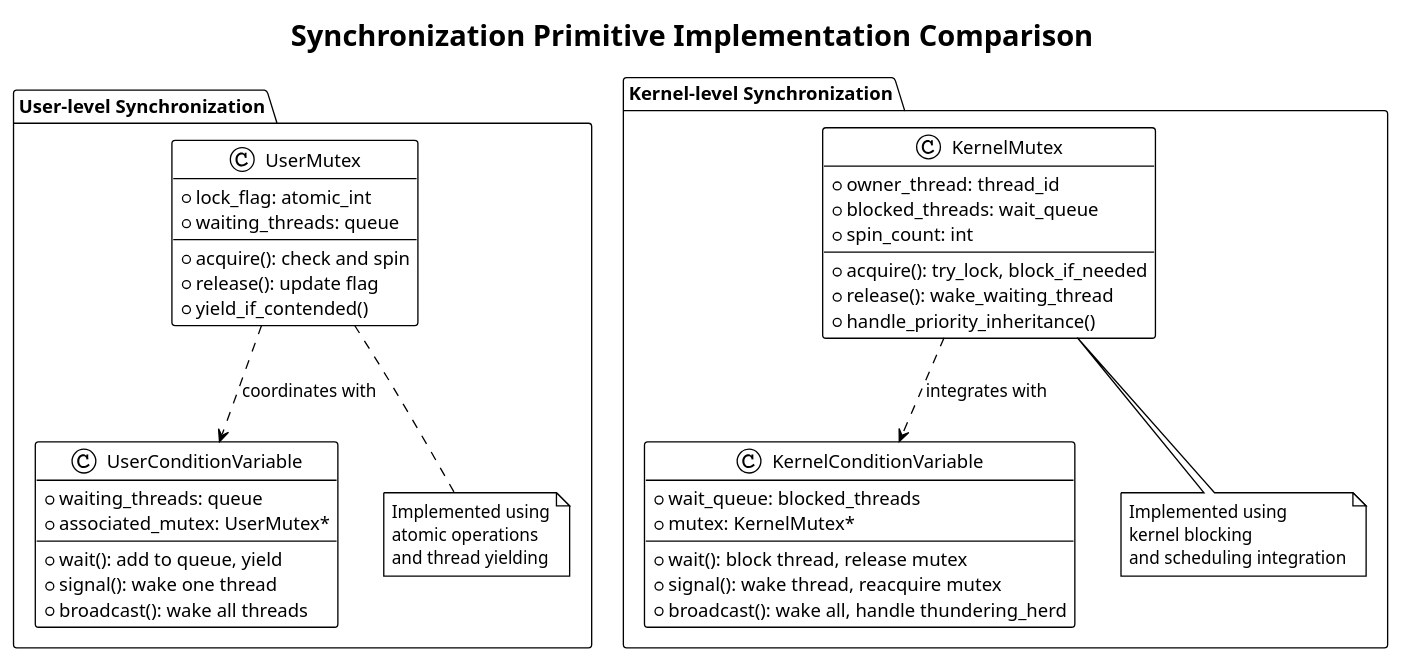
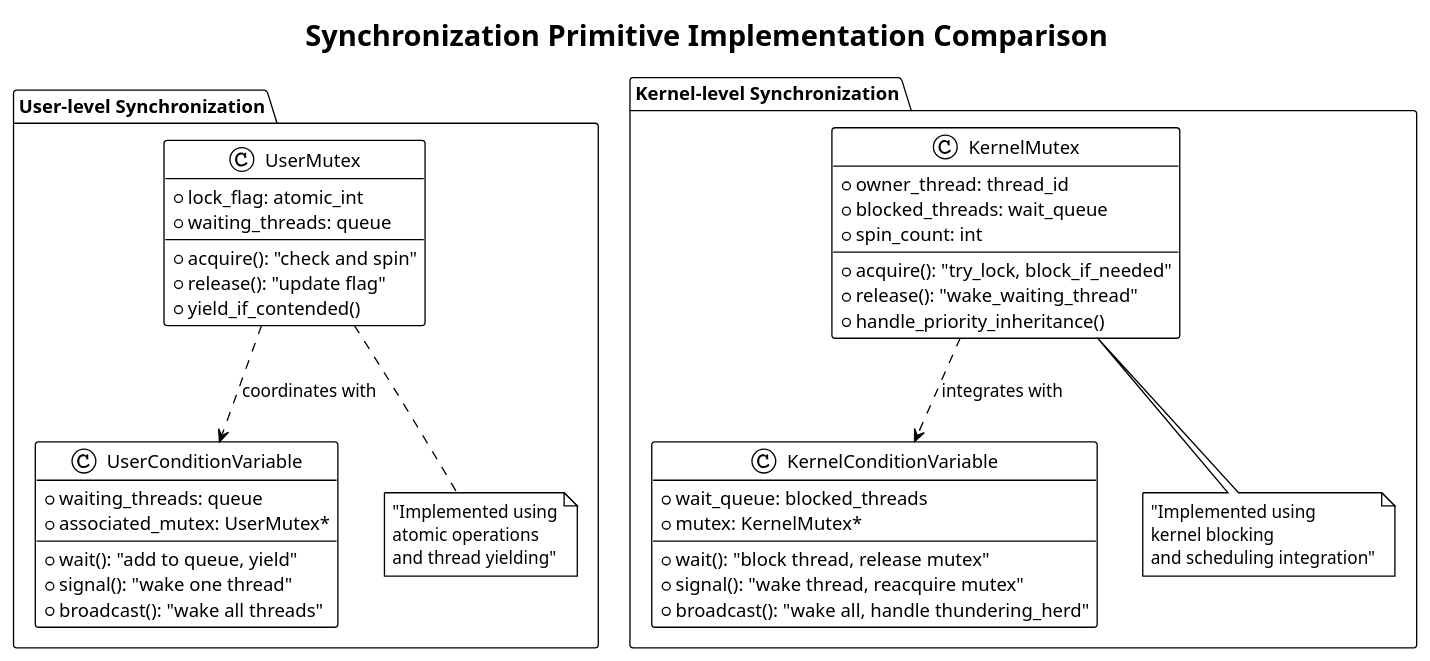
One commit to mohitmishra786/myJourneyOfBuildingOS changed the fifth of 7 diagrams in Ch-5-Thread-Management/User-level-vs-Kernel-level-Threads.md. Above: the diagram before and after it, drawn with PlantUML. The commit also changed other lines of this file and 3 other files, not shown here.

````diff
--- a/Ch-5-Thread-Management/User-level-vs-Kernel-level-Threads.md
+++ b/Ch-5-Thread-Management/User-level-vs-Kernel-level-Threads.md
@@ -254,56 +254,56 @@
 ```plantuml
 @startuml
 !theme plain
-title Synchronization Primitive Implementation Comparison
+title "Synchronization Primitive Implementation Comparison"
 
 package "User-level Synchronization" {
   
   class UserMutex {
     + lock_flag: atomic_int
     + waiting_threads: queue
     --
-    + acquire(): check and spin
-    + release(): update flag
+    + acquire(): "check and spin"
+    + release(): "update flag"
     + yield_if_contended()
   }
   
   class UserConditionVariable {
     + waiting_threads: queue
     + associated_mutex: UserMutex*
     --
-    + wait(): add to queue, yield
-    + signal(): wake one thread
-    + broadcast(): wake all threads
+    + wait(): "add to queue, yield"
+    + signal(): "wake one thread"
+    + broadcast(): "wake all threads"
   }
   
-  note bottom of UserMutex : Implemented using\natomic operations\nand thread yielding
+  note bottom of UserMutex : "Implemented using\natomic operations\nand thread yielding"
 }
 
 package "Kernel-level Synchronization" {
   
   class KernelMutex {
     + owner_thread: thread_id
     + blocked_threads: wait_queue
     + spin_count: int
     --
-    + acquire(): try_lock, block_if_needed
-    + release(): wake_waiting_thread
+    + acquire(): "try_lock, block_if_needed"
+    + release(): "wake_waiting_thread"
     + handle_priority_inheritance()
   }
   
   class KernelConditionVariable {
     + wait_queue: blocked_threads
     + mutex: KernelMutex*
     --
-    + wait(): block thread, release mutex
-    + signal(): wake thread, reacquire mutex
-    + broadcast(): wake all, handle thundering_herd
+    + wait(): "block thread, release mutex"
+    + signal(): "wake thread, reacquire mutex"
+    + broadcast(): "wake all, handle thundering_herd"
   }
   
-  note bottom of KernelMutex : Implemented using\nkernel blocking\nand scheduling integration
+  note bottom of KernelMutex : "Implemented using\nkernel blocking\nand scheduling integration"
 }
 
-UserMutex ..> UserConditionVariable : coordinates with
-KernelMutex ..> KernelConditionVariable : integrates with
+UserMutex ..> UserConditionVariable : "coordinates with"
+KernelMutex ..> KernelConditionVariable : "integrates with"
 @enduml
 ```
````
